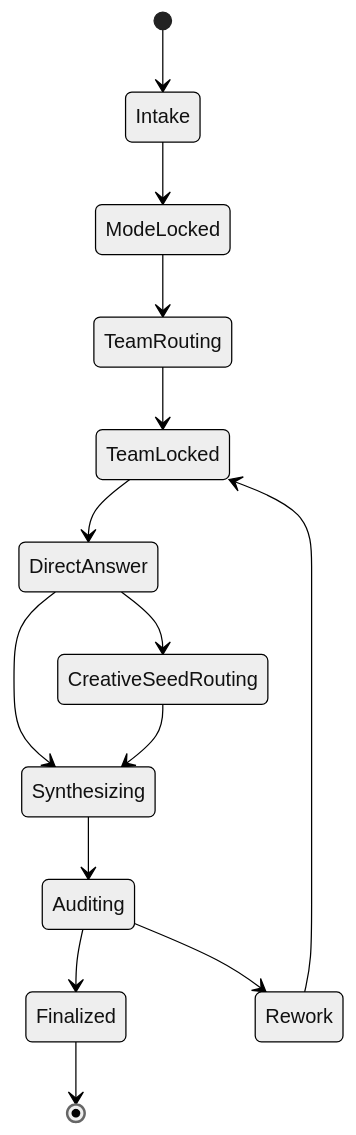
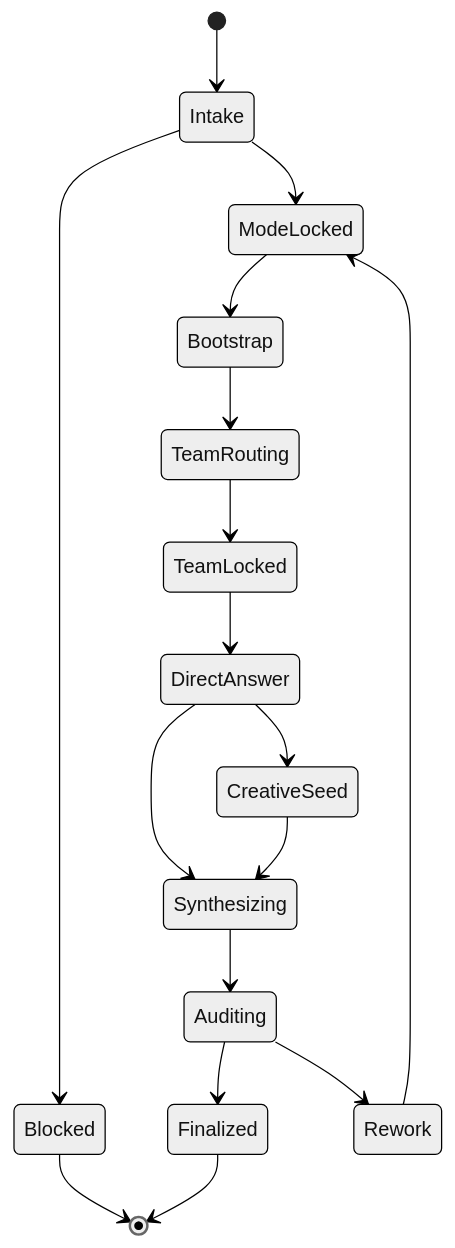
The second of 2 diagrams in .agents/skills/story/0-初始化/SKILL.md (ZEN-VOID/AI-CUT), drawn with Mermaid (neutral theme) before and after one commit. The commit also changed other lines of this file and 439 other files, not shown here.

````diff
--- a/.agents/skills/story/0-初始化/SKILL.md
+++ b/.agents/skills/story/0-初始化/SKILL.md
@@ -124,16 +255,19 @@
 ```mermaid
 stateDiagram-v2
     [*] --> Intake
     Intake --> ModeLocked
-    ModeLocked --> TeamRouting
+    Intake --> Blocked
+    ModeLocked --> Bootstrap
+    Bootstrap --> TeamRouting
     TeamRouting --> TeamLocked
     TeamLocked --> DirectAnswer
-    DirectAnswer --> CreativeSeedRouting
+    DirectAnswer --> CreativeSeed
     DirectAnswer --> Synthesizing
-    CreativeSeedRouting --> Synthesizing
+    CreativeSeed --> Synthesizing
     Synthesizing --> Auditing
     Auditing --> Finalized
     Auditing --> Rework
-    Rework --> TeamLocked
+    Rework --> ModeLocked
+    Blocked --> [*]
     Finalized --> [*]
 ```
````
